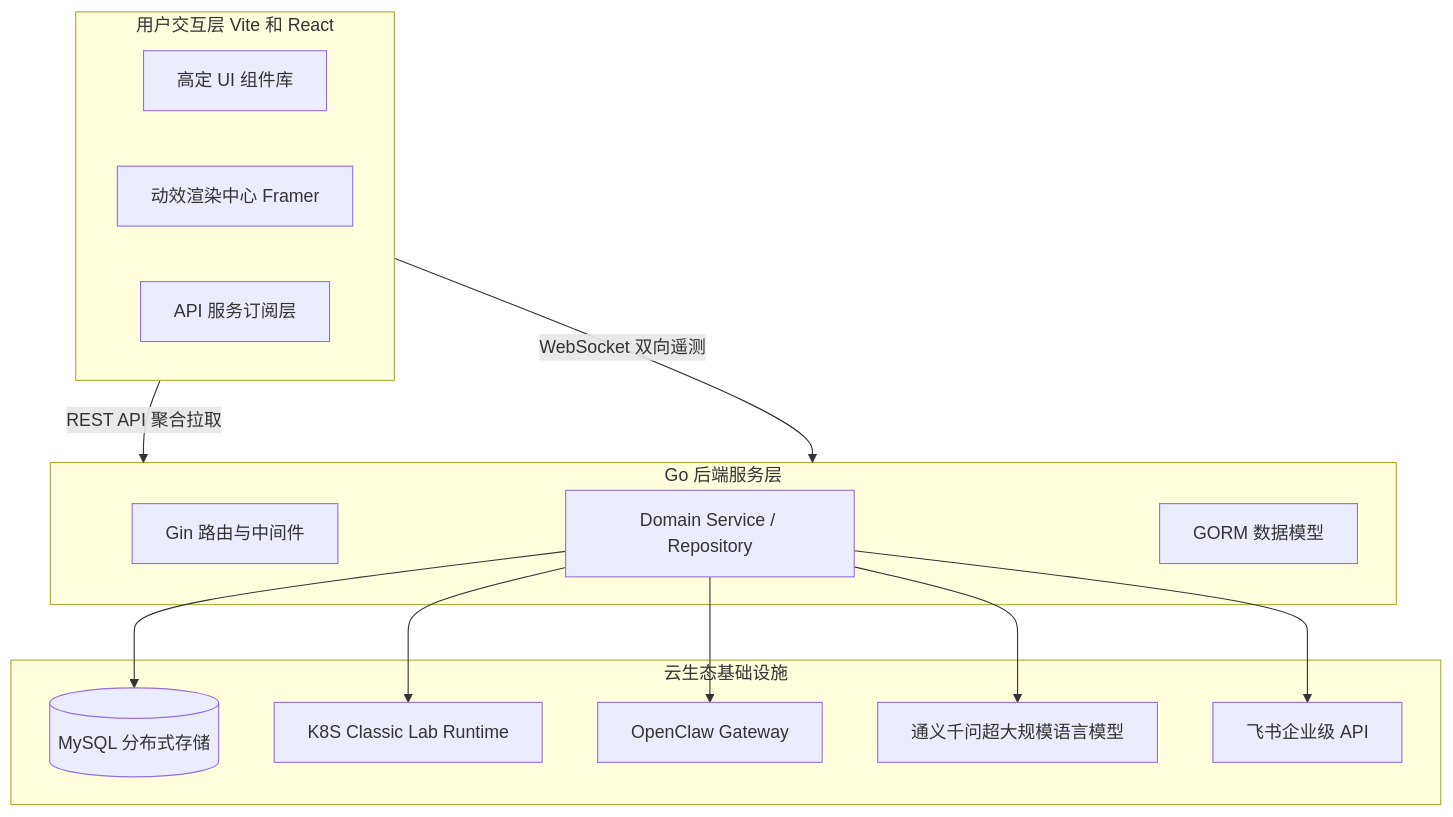
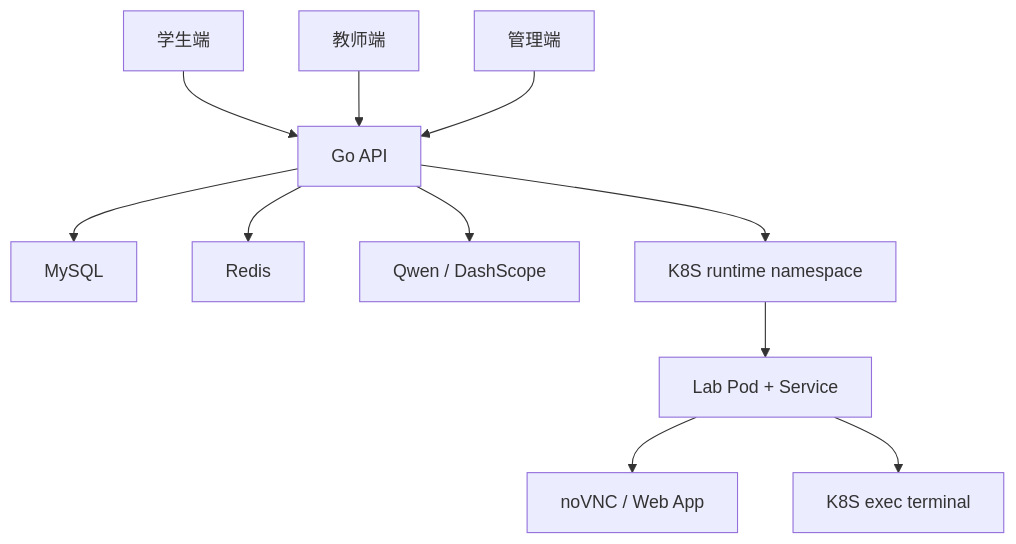
The diagram in EDU_Frontend/src/docs/architecture/底层技术生态.md (sospink/ai-edu-agent), drawn with Mermaid before and after one commit. The commit also changed other lines of this file and 142 other files, not shown here.

Commit message:
refactor: retire OpenClaw module

````diff
--- a/EDU_Frontend/src/docs/architecture/底层技术生态.md
+++ b/EDU_Frontend/src/docs/architecture/底层技术生态.md
@@ -28,30 +17,13 @@
 ```mermaid
-graph TB
-    subgraph Client [用户交互层 Vite 和 React]
-        UI["高定 UI 组件库"]
-        Anim["动效渲染中心 Framer"]
-        Req["API 服务订阅层"]
-    end
-
-    subgraph Server [Go 后端服务层]
-        Routes["Gin 路由与中间件"]
-        Logic["Domain Service / Repository"]
-        Models["GORM 数据模型"]
-    end
-
-    subgraph Infrastructure [云生态基础设施]
-        DB[("MySQL 分布式存储")]
-        K8S["K8S Classic Lab Runtime"]
-        Gateway["OpenClaw Gateway"]
-        Qwen["通义千问超大规模语言模型"]
-        Feishu["飞书企业级 API"]
-    end
-
-    Client -->|REST API 聚合拉取| Server
-    Client -->|WebSocket 双向遥测| Server
-    Logic --> DB
-    Logic --> K8S
-    Logic --> Gateway
-    Logic --> Qwen
-    Logic --> Feishu
+flowchart TB
+  Student["学生端"] --> API["Go API"]
+  Teacher["教师端"] --> API
+  Admin["管理端"] --> API
+  API --> DB["MySQL"]
+  API --> Redis["Redis"]
+  API --> AI["Qwen / DashScope"]
+  API --> K8S["K8S runtime namespace"]
+  K8S --> Pod["Lab Pod + Service"]
+  Pod --> Desktop["noVNC / Web App"]
+  Pod --> Terminal["K8S exec terminal"]
 ```
````
